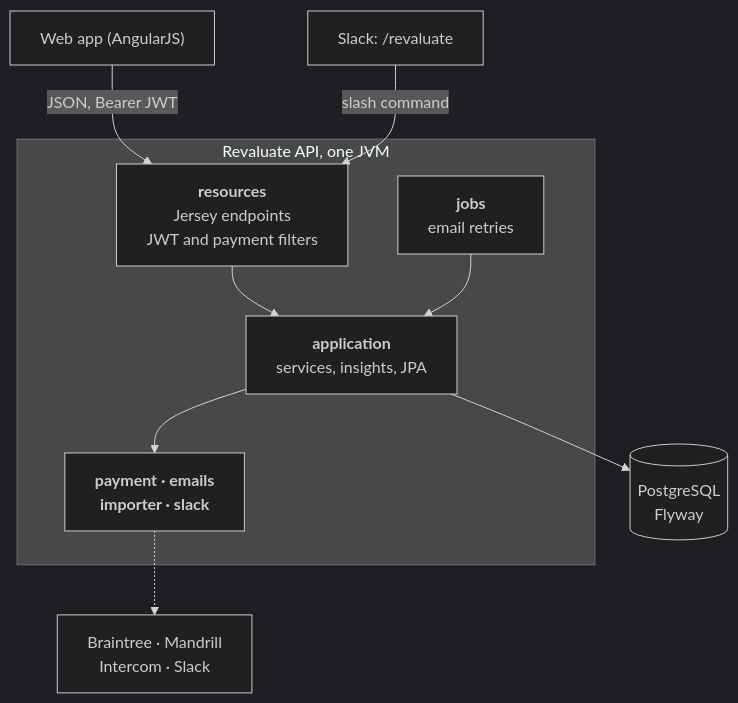
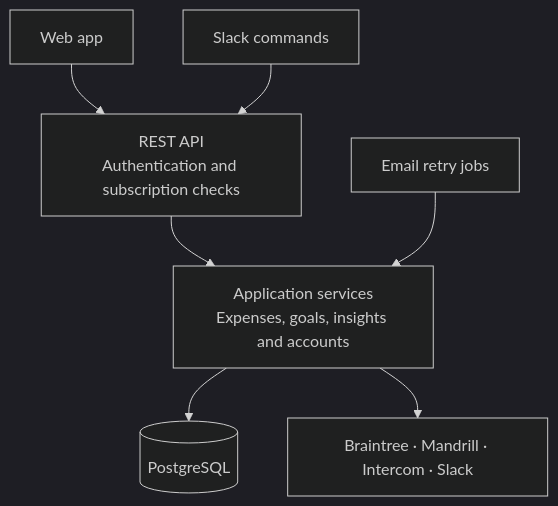
The diagram in README.md (ioanlucut/revaluate-api), drawn with Mermaid (dark theme) before and after one commit. The commit also changed other lines of this file and 7 other files, not shown here.

````diff
--- a/README.md
+++ b/README.md
@@ -75,18 +70,9 @@
 ```mermaid
 flowchart TB
-    W["Web app (AngularJS)"]
-    S["Slack: /revaluate"]
-    subgraph api["Revaluate API, one JVM"]
-        R["<b>resources</b><br/>Jersey endpoints<br/>JWT and payment filters"]
-        A["<b>application</b><br/>services, insights, JPA"]
-        J["<b>jobs</b><br/>email retries"]
-        I["<b>payment · emails<br/>importer · slack</b>"]
-        R --> A
-        J --> A
-        A --> I
-    end
-    W -- "JSON, Bearer JWT" --> R
-    S -- "slash command" --> R
-    A --> DB[("PostgreSQL<br/>Flyway")]
-    I -.-> X["Braintree · Mandrill<br/>Intercom · Slack"]
+    W["Web app"] --> R["REST API<br/>Authentication and subscription checks"]
+    S["Slack commands"] --> R
+    R --> A["Application services<br/>Expenses, goals, insights and accounts"]
+    A --> DB[("PostgreSQL")]
+    A --> I["Braintree · Mandrill · Intercom · Slack"]
+    J["Email retry jobs"] --> A
 ```
````
